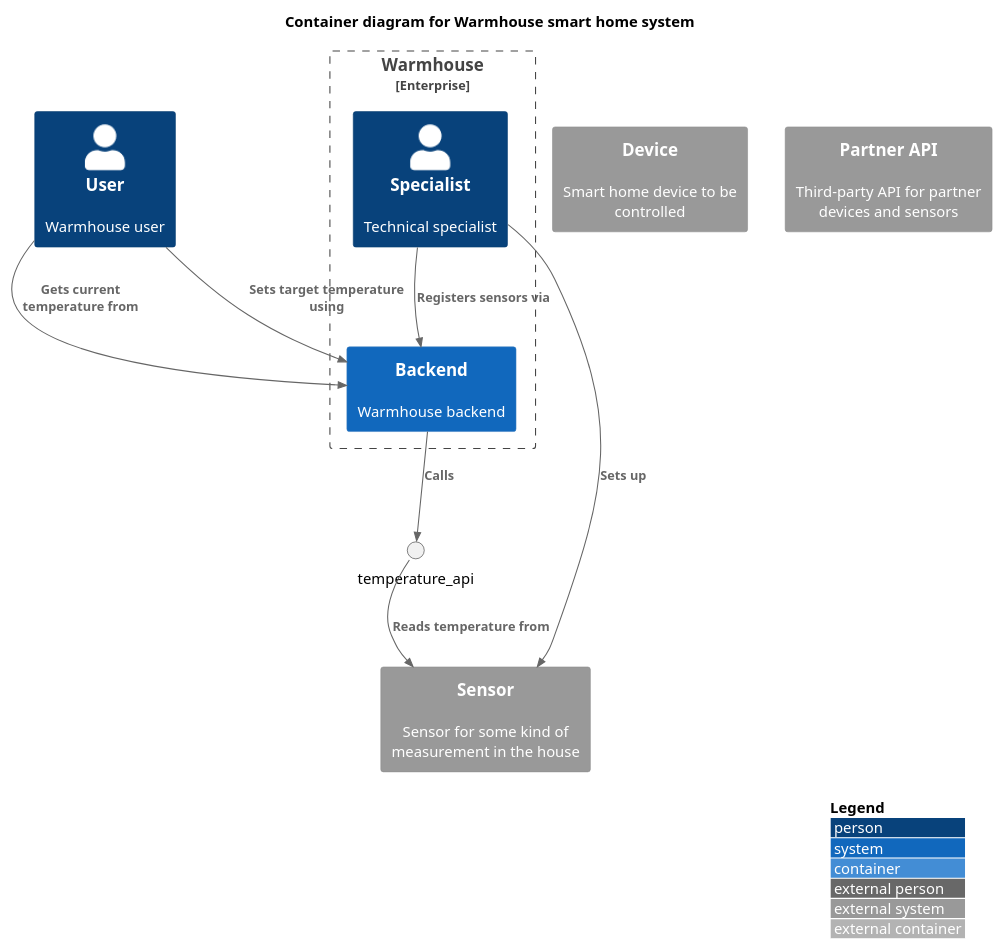
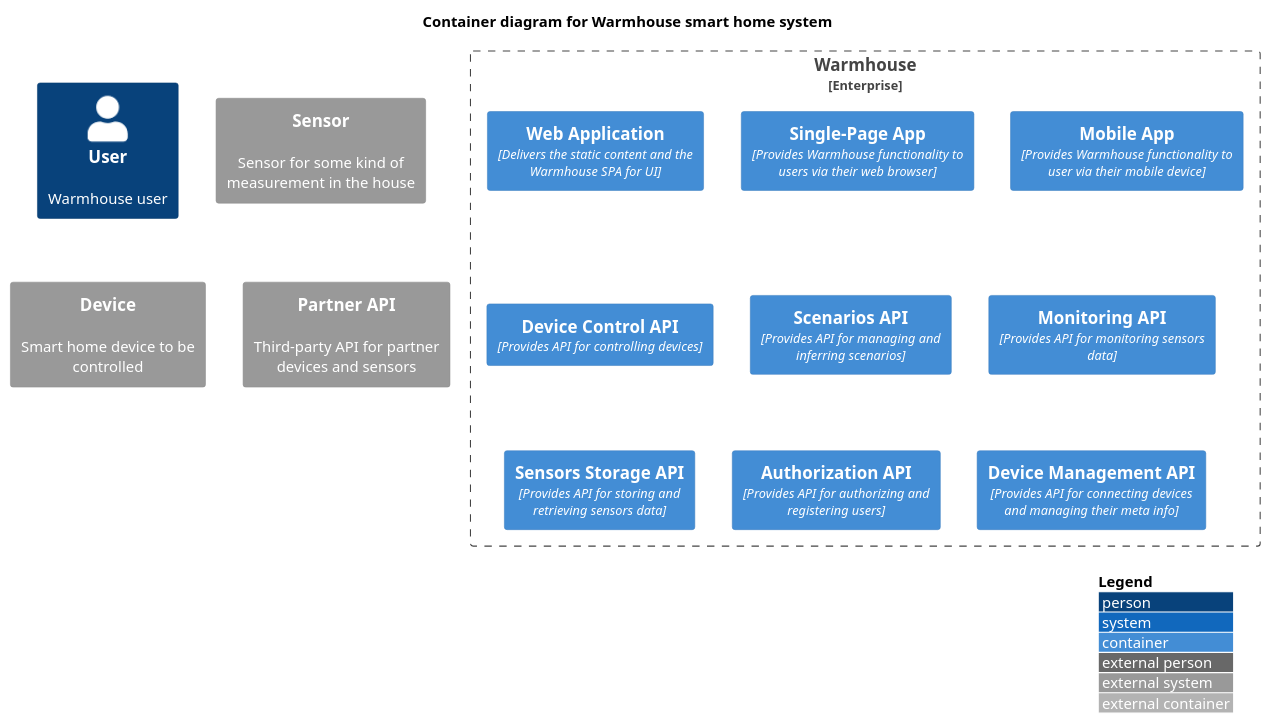
Before and after one commit to regu1yar/p1-architecture-warmhouse: the diagram in diagrams/container/Container.puml, drawn with PlantUML. The commit also changed 5 other files, not shown here.

Commit message:
Add C4 tempaltes to repo, added containers to Container diagram

```diff
--- a/diagrams/container/Container.puml
+++ b/diagrams/container/Container.puml
@@ -1,30 +1,29 @@
 @startuml "enterprise"
-!include https://raw.githubusercontent.com/plantuml-stdlib/C4-PlantUML/master/C4_Container.puml
+
+' !include https://raw.githubusercontent.com/plantuml-stdlib/C4-PlantUML/master/C4_Container.puml
+!include ./C4_Container.puml
 
 LAYOUT_WITH_LEGEND()
 
 title Container diagram for Warmhouse smart home system
 
 Person(user, "User", "Warmhouse user")
 
 System_Ext(sensor, "Sensor", "Sensor for some kind of measurement in the house")
 System_Ext(device, "Device", "Smart home device to be controlled")
 
 System_Ext(partner_api, "Partner API", "Third-party API for partner devices and sensors")
 
 Enterprise_Boundary(warmhouse_boundary, "Warmhouse") {
-    Person(warmhouse_specialist, "Specialist", "Technical specialist")
-    System(warmhouse_backend, "Backend", "Warmhouse backend")
+    Container(warmhouse_user_web_app, "Web Application", "Delivers the static content and the Warmhouse SPA for UI")
+    Container(warmhouse_spa, "Single-Page App", "Provides Warmhouse functionality to users via their web browser")
+    Container(warmhouse_mobile_app, "Mobile App", "Provides Warmhouse functionality to user via their mobile device")
+    Container(warmhouse_device_control_backend_api, "Device Control API", "Provides API for controlling devices")
+    Container(warmhouse_scenarios_backend_api, "Scenarios API", "Provides API for managing and inferring scenarios")
+    Container(warmhouse_monitoring_backend_api, "Monitoring API", "Provides API for monitoring sensors data")
+    Container(warmhouse_sensors_storage_backend_api, "Sensors Storage API", "Provides API for storing and retrieving sensors data")
+    Container(warmhouse_authorization_backend_api, "Authorization API", "Provides API for authorizing and registering users")
+    Container(warmhouse_device_management_backend_api, "Device Management API", "Provides API for connecting devices and managing their meta info")
 }
 
-Rel(user, warmhouse_backend, "Gets current temperature from")
-Rel(user, warmhouse_backend, "Sets target temperature using")
-
-Rel(warmhouse_specialist, sensor, "Sets up")
-Rel(warmhouse_specialist, warmhouse_backend, "Registers sensors via")
-
-Rel(warmhouse_backend, temperature_api, "Calls")
-
-Rel(temperature_api, sensor, "Reads temperature from")
-
 @enduml
```
